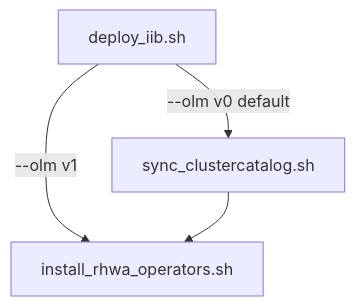
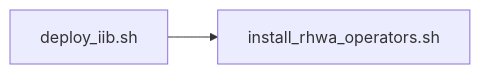
The diagram in docs/rhwa_cluster_setup_workflow.md (medik8s/tools), drawn with Mermaid before and after one commit. The commit also changed other lines of this file and 4 other files, not shown here.

````diff
--- a/docs/rhwa_cluster_setup_workflow.md
+++ b/docs/rhwa_cluster_setup_workflow.md
@@ -7,6 +7,4 @@
 ```mermaid
-flowchart TD
-  A[deploy_iib.sh] -->|--olm v0 default| B[sync_clustercatalog.sh]
-  A -->|--olm v1| C[install_rhwa_operators.sh]
-  B --> C
+flowchart LR
+  A[deploy_iib.sh] --> B[install_rhwa_operators.sh]
 ```
````
